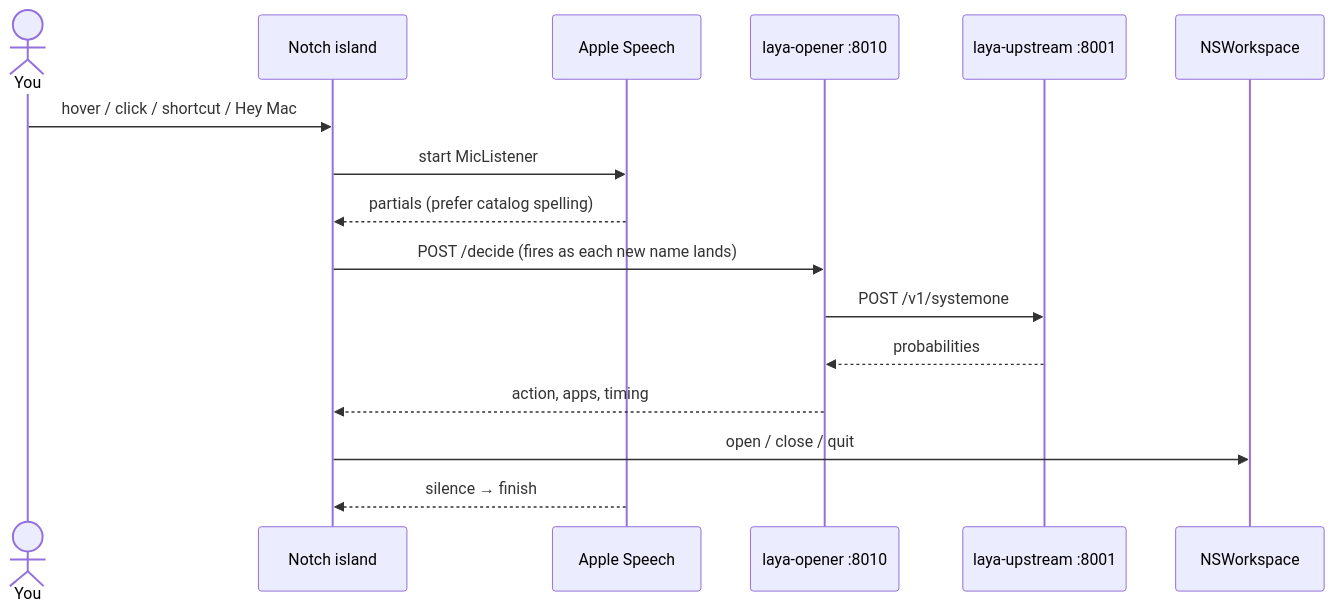
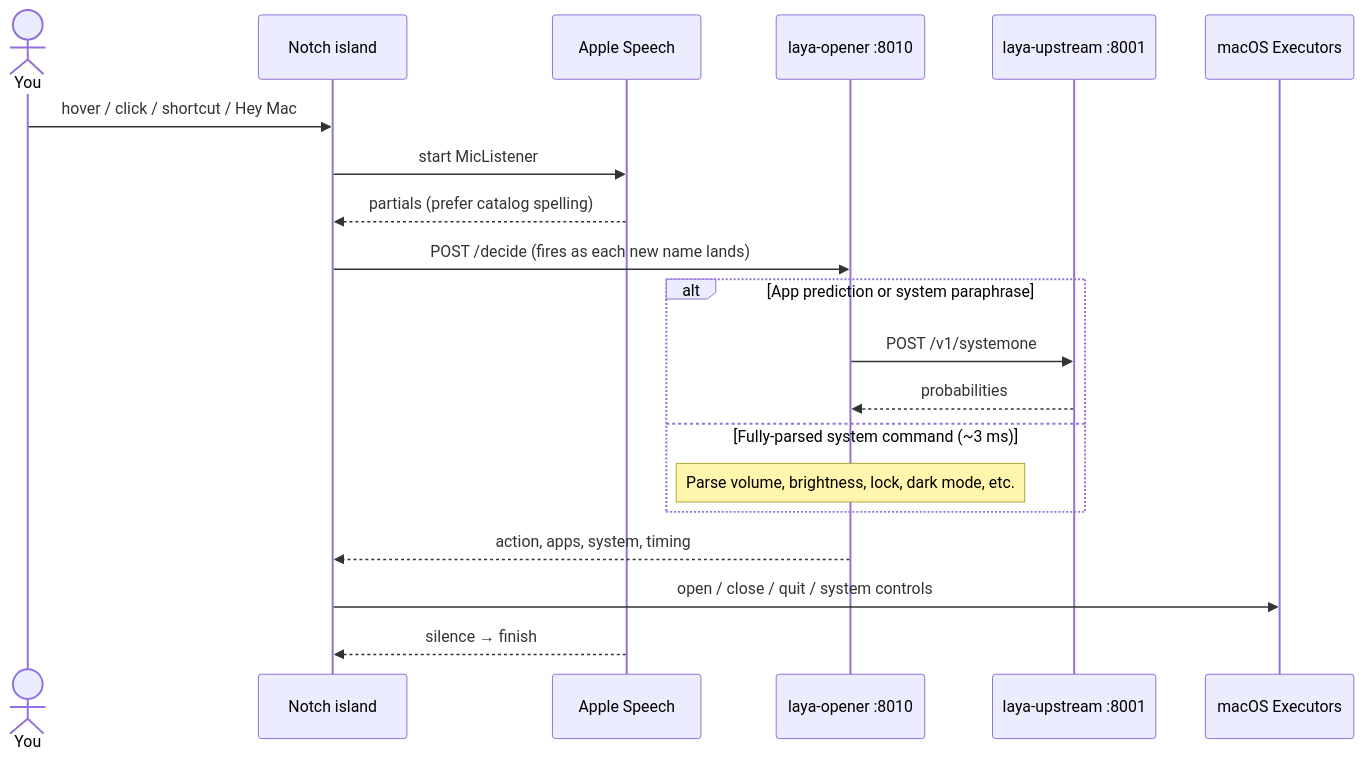
The second of 2 diagrams in README.md (AshutoshKY/sayso), drawn with Mermaid before and after one commit. The commit also changed other lines of this file and 16 other files, not shown here.

First line of the commit message:
docs: remove flow.svg and update architecture flows, metrics, and Sayso rebrand

````diff
--- a/README.md
+++ b/README.md
@@ -113,19 +114,23 @@
 ```mermaid
 sequenceDiagram
   actor You
   participant Island as Notch island
   participant Speech as Apple Speech
   participant Opener as laya-opener :8010
   participant Laya as laya-upstream :8001
-  participant Mac as NSWorkspace
+  participant Mac as macOS Executors
 
   You->>Island: hover / click / shortcut / Hey Mac
   Island->>Speech: start MicListener
   Speech-->>Island: partials (prefer catalog spelling)
   Island->>Opener: POST /decide (fires as each new name lands)
-  Opener->>Laya: POST /v1/systemone
-  Laya-->>Opener: probabilities
-  Opener-->>Island: action, apps, timing
-  Island->>Mac: open / close / quit
+  alt App prediction or system paraphrase
+    Opener->>Laya: POST /v1/systemone
+    Laya-->>Opener: probabilities
+  else Fully-parsed system command (~3 ms)
+    Note over Opener: Parse volume, brightness, lock, dark mode, etc.
+  end
+  Opener-->>Island: action, apps, system, timing
+  Island->>Mac: open / close / quit / system controls
   Speech-->>Island: silence → finish
 ```
````
